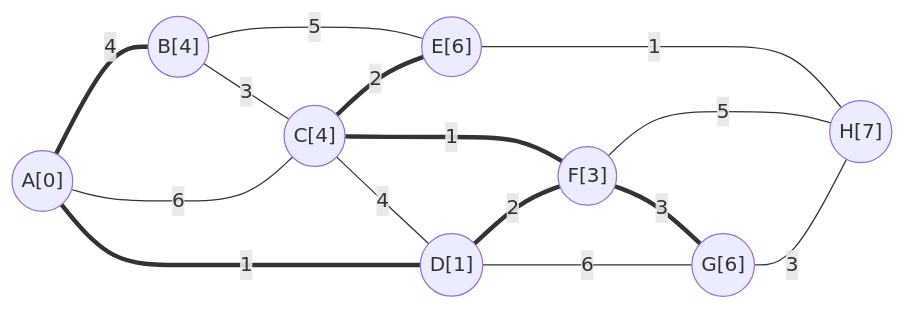
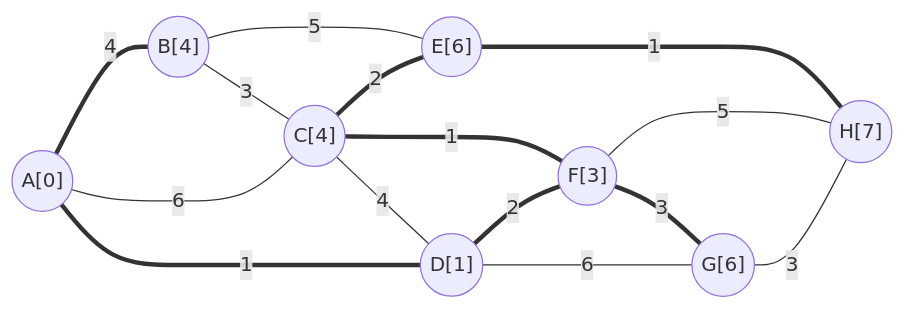
Diagram 13 of 13 in 2. Letnik/Podatkovne strukture in algoritmi/vaje 12-1-2022.md (Tiggax/Zapiski), drawn with Mermaid before and after one commit. The commit also changed other lines of this file, not shown here.

````diff
--- a/2. Letnik/Podatkovne strukture in algoritmi/vaje 12-1-2022.md
+++ b/2. Letnik/Podatkovne strukture in algoritmi/vaje 12-1-2022.md
@@ -340,28 +340,28 @@
 ```mermaid
 flowchart LR
 A(("A[0]"))
 B(("B[4]"))
 C(("C[4]"))
 D(("D[1]"))
 E(("E[6]"))
 F(("F[3]"))
 G(("G[6]"))
 H(("H[7]"))
 
 B-- 3 ---C
 A== 4 ===B
 C-- 4 ---D
 A-- 6 ---C
 A== 1 ===D
 B-- 5 ---E
 C== 2 ===E
 C== 1 ===F
 F== 3 ===G
 D== 2 ===F
 D-- 6 ---G
-E-- 1 ---H
+E== 1 ===H
 F-- 5 ---H
 G-- 3 ---H
 
 
 ```
````
